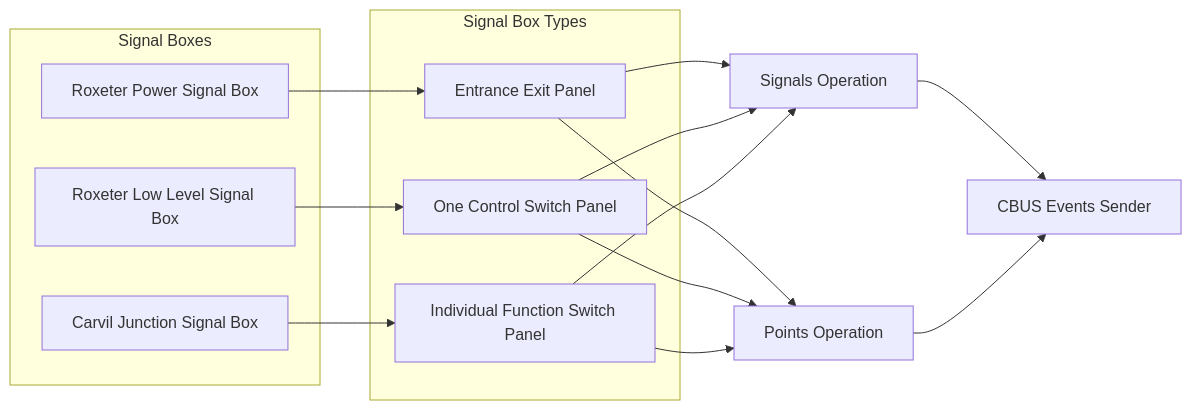
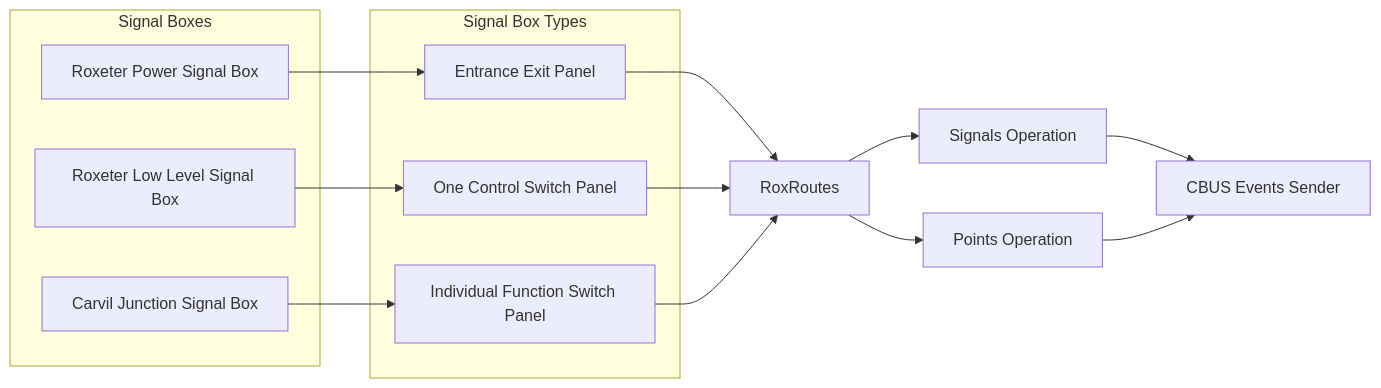
One commit to NickLocke/RoxeterModelRailway changed the diagram in ArduinoLibraries/README.md. Above: the diagram before and after it, drawn with Mermaid. The commit also changed other lines of this file, not shown here.

```diff
--- a/ArduinoLibraries/README.md
+++ b/ArduinoLibraries/README.md
@@ -7,34 +7,34 @@
 <div class="mermaid">
 flowchart LR
 
     subgraph "Signal Boxes"
       RoxeterPSB[Roxeter Power Signal Box]
       RoxeterLL[Roxeter Low Level Signal Box]
       CarvilJunction[Carvil Junction Signal Box]
     end
 
     subgraph "Signal Box Types"
       IFSpanel[Individual Function Switch Panel]
       OCSpanel[One Control Switch Panel]
       NXpanel[Entrance Exit Panel]
     end
 
     RoxSignals[Signals Operation]
     RoxPoints[Points Operation]
     RoxEventSender[CBUS Events Sender]
 
     RoxeterPSB --> NXpanel
     RoxeterLL --> OCSpanel
     CarvilJunction --> IFSpanel
 
-    NXpanel --> RoxSignals
-    OCSpanel --> RoxSignals
-    IFSpanel --> RoxSignals
+    NXpanel --> RoxRoutes
+    OCSpanel --> RoxRoutes
+    IFSpanel --> RoxRoutes
 
-    NXpanel --> RoxPoints
-    OCSpanel --> RoxPoints
-    IFSpanel --> RoxPoints
+    RoxRoutes --> RoxSignals
+
+    RoxRoutes --> RoxPoints
 
     RoxSignals --> RoxEventSender
     RoxPoints --> RoxEventSender
 </div>
```
